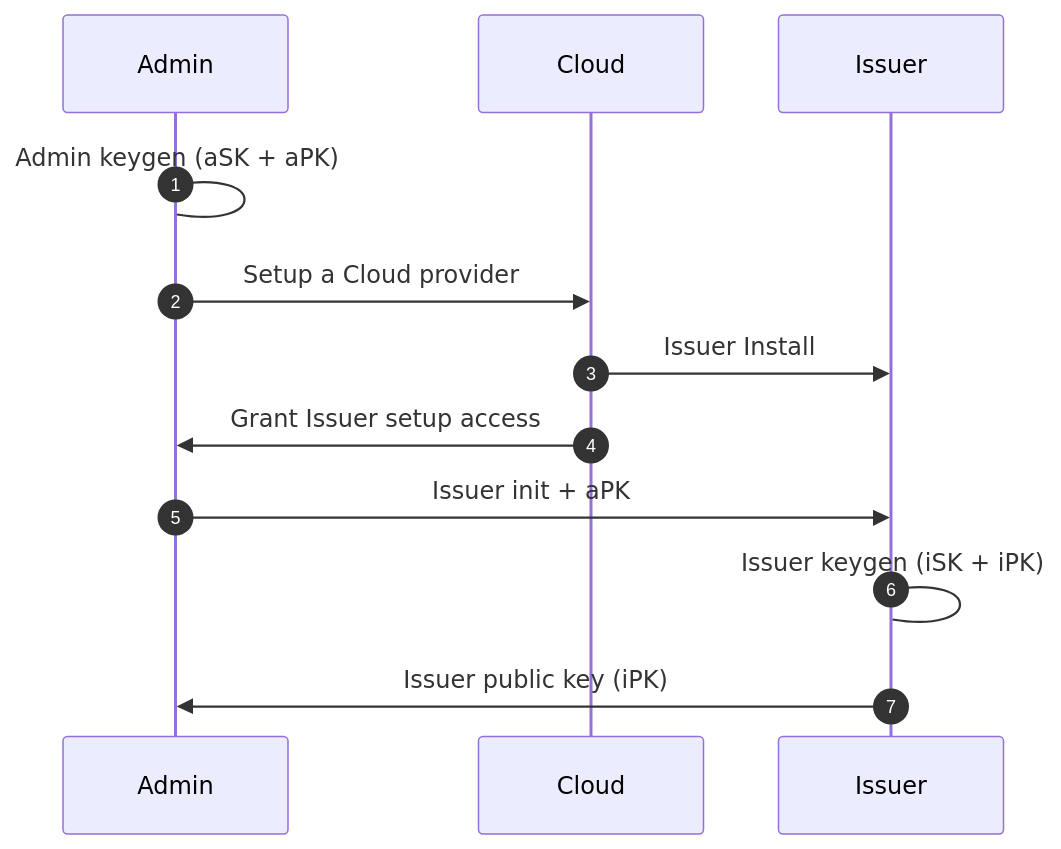
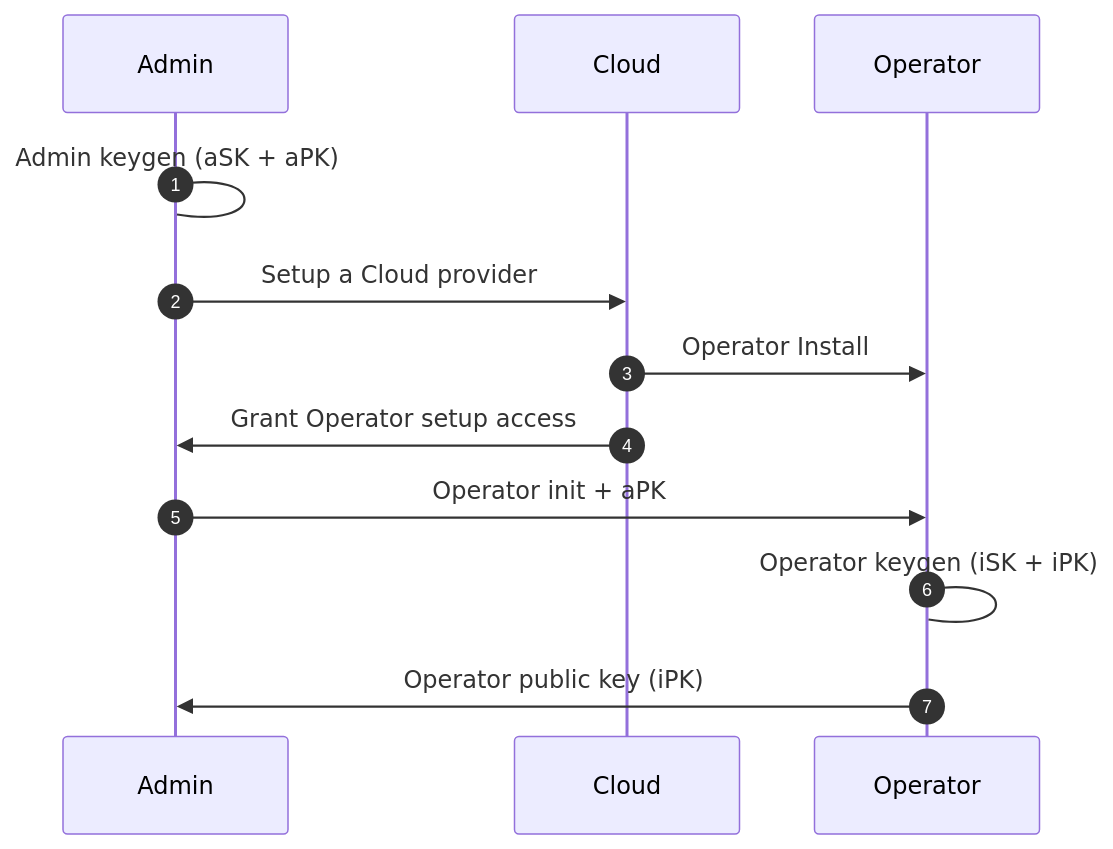
One commit to dyne/zenswarm-devops changed the first of 6 diagrams in docs/Setup.md. Above: the diagram before and after it, drawn with Mermaid. The commit also changed other lines of this file, not shown here.

Commit message:
rename Issuer to Operator

````diff
--- a/docs/Setup.md
+++ b/docs/Setup.md
@@ -13,14 +13,14 @@
 ```mermaid
 sequenceDiagram
 autonumber
   participant A as Admin
   participant C as Cloud
-  participant I as Issuer
+  participant O as Operator
   A->A: Admin keygen (aSK + aPK)
   A->>C: Setup a Cloud provider
-  C->>I: Issuer Install
-  C->>A: Grant Issuer setup access
-  A->>I: Issuer init + aPK
-  I->I: Issuer keygen (iSK + iPK)
-  I->>A: Issuer public key (iPK)
+  C->>O: Operator Install
+  C->>A: Grant Operator setup access
+  A->>O: Operator init + aPK
+  O->O: Operator keygen (iSK + iPK)
+  O->>A: Operator public key (iPK)
 ```
````
